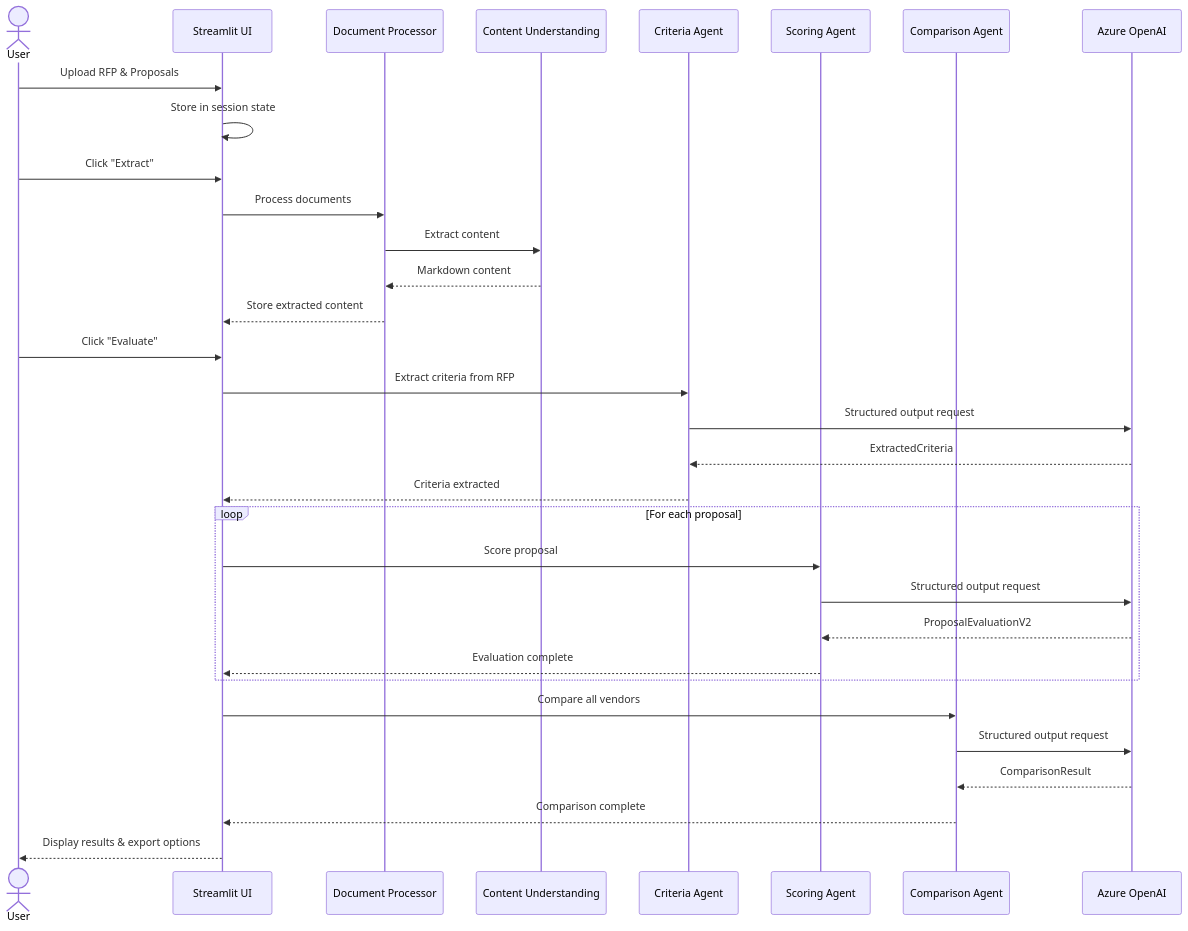
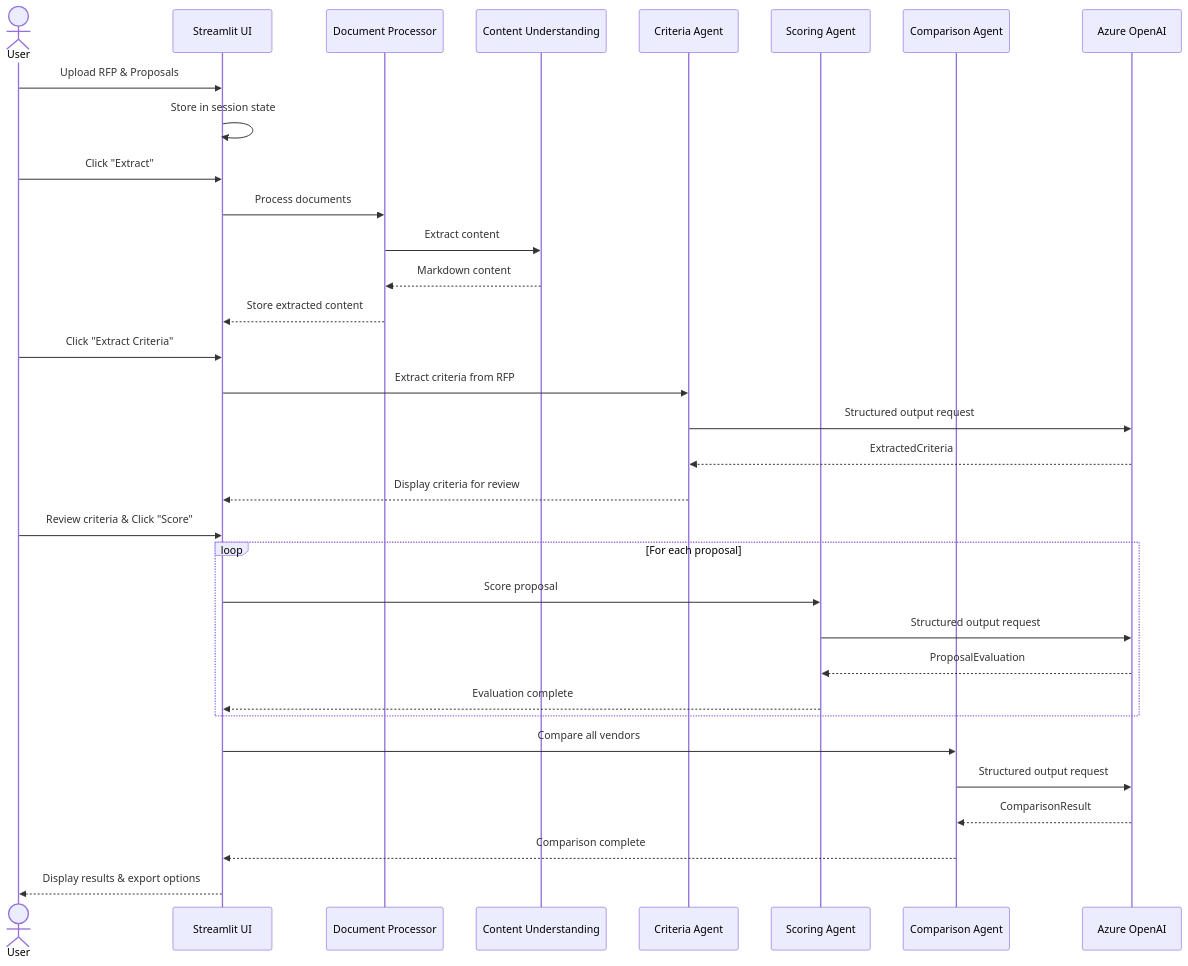
One commit to amgdy/rfp-analyzer changed diagram 22 of 22 in docs/ARCHITECTURE.md. Above: the diagram before and after it, drawn with Mermaid. The commit also changed other lines of this file and 4 other files, not shown here.

````diff
--- a/docs/ARCHITECTURE.md
+++ b/docs/ARCHITECTURE.md
@@ -928,40 +910,41 @@
 ```mermaid
 sequenceDiagram
     actor User
     participant UI as Streamlit UI
     participant DP as Document Processor
     participant CU as Content Understanding
     participant CEA as Criteria Agent
     participant PSA as Scoring Agent
     participant CA as Comparison Agent
     participant AOAI as Azure OpenAI
     
     User->>UI: Upload RFP & Proposals
     UI->>UI: Store in session state
     
     User->>UI: Click "Extract"
     UI->>DP: Process documents
     DP->>CU: Extract content
     CU-->>DP: Markdown content
     DP-->>UI: Store extracted content
     
-    User->>UI: Click "Evaluate"
+    User->>UI: Click "Extract Criteria"
     UI->>CEA: Extract criteria from RFP
     CEA->>AOAI: Structured output request
     AOAI-->>CEA: ExtractedCriteria
-    CEA-->>UI: Criteria extracted
+    CEA-->>UI: Display criteria for review
     
+    User->>UI: Review criteria & Click "Score"
     loop For each proposal
         UI->>PSA: Score proposal
         PSA->>AOAI: Structured output request
-        AOAI-->>PSA: ProposalEvaluationV2
+        AOAI-->>PSA: ProposalEvaluation
         PSA-->>UI: Evaluation complete
     end
     
     UI->>CA: Compare all vendors
     CA->>AOAI: Structured output request
     AOAI-->>CA: ComparisonResult
     CA-->>UI: Comparison complete
     
     UI-->>User: Display results & export options
 ```
````
